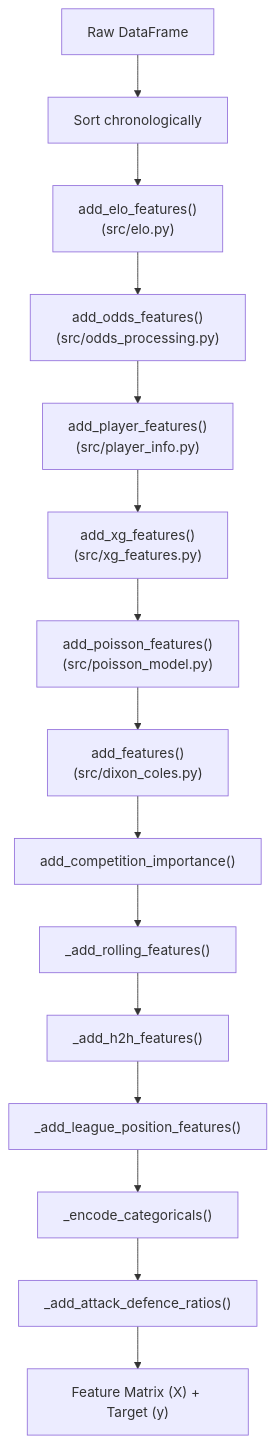
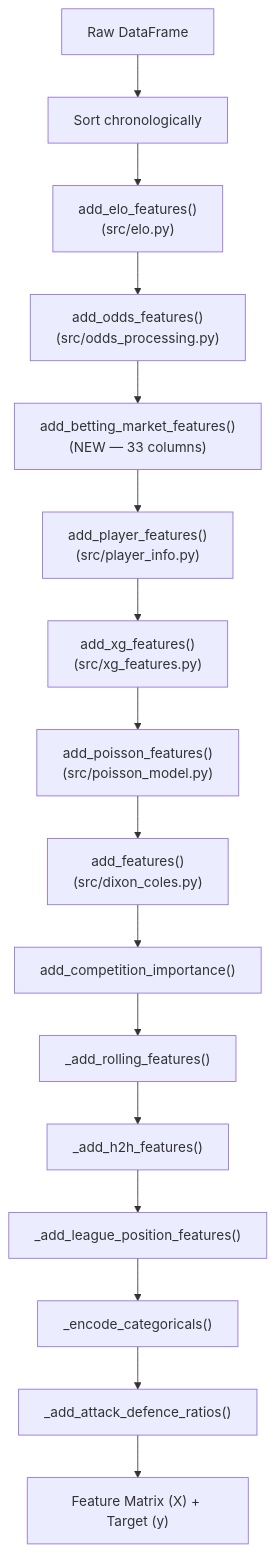
Before and after one commit to PyayOoKo/football-prediction: the diagram in docs/vault/Feature Engineering Pipeline.md, drawn with Mermaid. The commit also changed other lines of this file and 12 other files, not shown here.

Commit message:
Update Obsidian vault with feature orchestrator, validation framework, and betting market docs

````diff
--- a/docs/vault/Feature Engineering Pipeline.md
+++ b/docs/vault/Feature Engineering Pipeline.md
@@ -19,17 +19,18 @@
 ```mermaid
 graph TD
     DF["Raw DataFrame"] --> SORT["Sort chronologically"]
     SORT --> ELO_ADD["add_elo_features()<br/>(src/elo.py)"]
     ELO_ADD --> ODDS_ADD["add_odds_features()<br/>(src/odds_processing.py)"]
-    ODDS_ADD --> PLAYER_ADD["add_player_features()<br/>(src/player_info.py)"]
+    ODDS_ADD --> BM_ADD["add_betting_market_features()<br/>(NEW — 33 columns)"]
+    BM_ADD --> PLAYER_ADD["add_player_features()<br/>(src/player_info.py)"]
     PLAYER_ADD --> XG_ADD["add_xg_features()<br/>(src/xg_features.py)"]
     XG_ADD --> POI_ADD["add_poisson_features()<br/>(src/poisson_model.py)"]
     POI_ADD --> DC_ADD["add_features()<br/>(src/dixon_coles.py)"]
     DC_ADD --> COMP_IMP["add_competition_importance()"]
     COMP_IMP --> ROLL["_add_rolling_features()"]
     ROLL --> H2H["_add_h2h_features()"]
     H2H --> LEAGUE["_add_league_position_features()"]
     LEAGUE --> ENCODE["_encode_categoricals()"]
     ENCODE --> RATIOS["_add_attack_defence_ratios()"]
     RATIOS --> X_FINAL["Feature Matrix (X) + Target (y)"]
 ```
````
